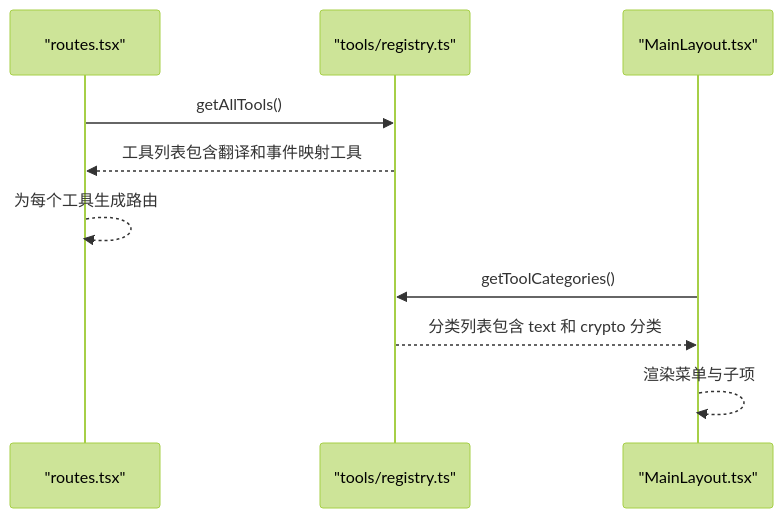
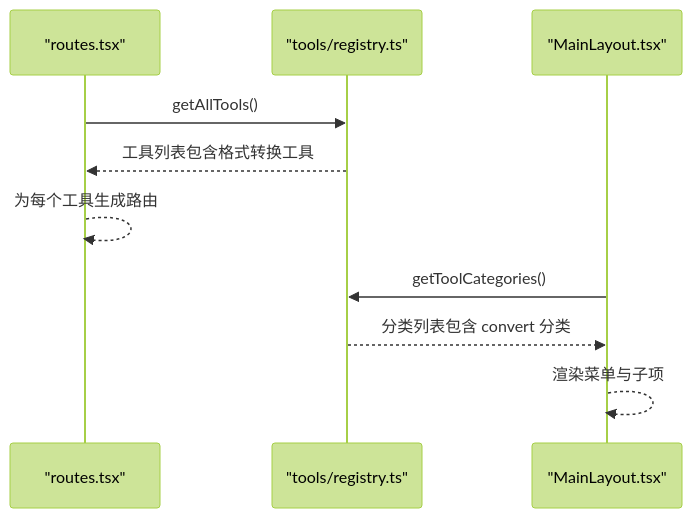
The tenth of 11 diagrams in .qoder/repowiki/zh/content/工具系统/工具系统.md (xkdaq/XKUtil), drawn with Mermaid (forest theme) before and after one commit. The commit also changed other lines of this file and 3 other files, not shown here.

````diff
--- a/.qoder/repowiki/zh/content/工具系统/工具系统.md
+++ b/.qoder/repowiki/zh/content/工具系统/工具系统.md
@@ -452,12 +505,12 @@
 ```mermaid
 sequenceDiagram
 participant Routes as "routes.tsx"
 participant Registry as "tools/registry.ts"
 participant Layout as "MainLayout.tsx"
 Routes->>Registry : getAllTools()
-Registry-->>Routes : 工具列表包含翻译和事件映射工具
+Registry-->>Routes : 工具列表包含格式转换工具
 Routes-->>Routes : 为每个工具生成路由
 Layout->>Registry : getToolCategories()
-Registry-->>Layout : 分类列表包含 text 和 crypto 分类
+Registry-->>Layout : 分类列表包含 convert 分类
 Layout-->>Layout : 渲染菜单与子项
 ```
````
